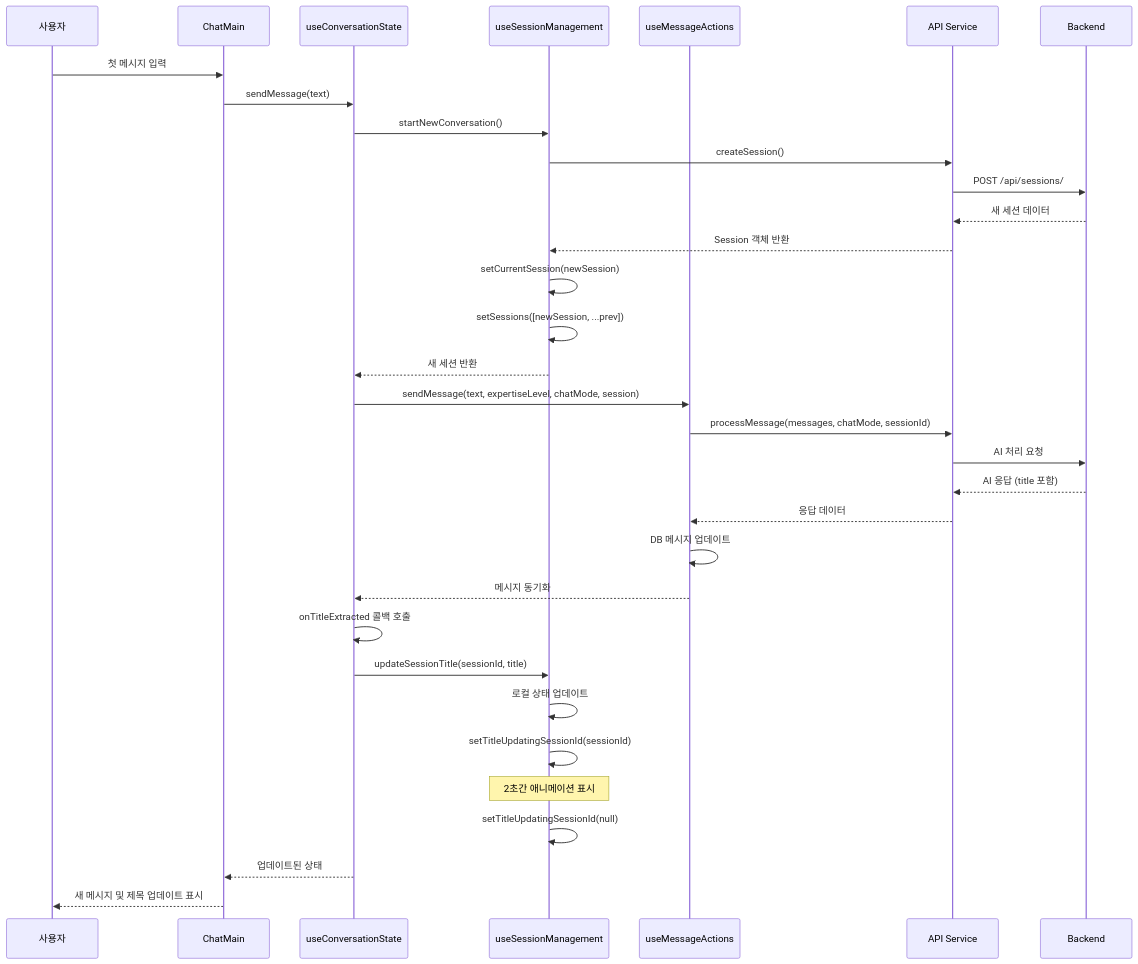
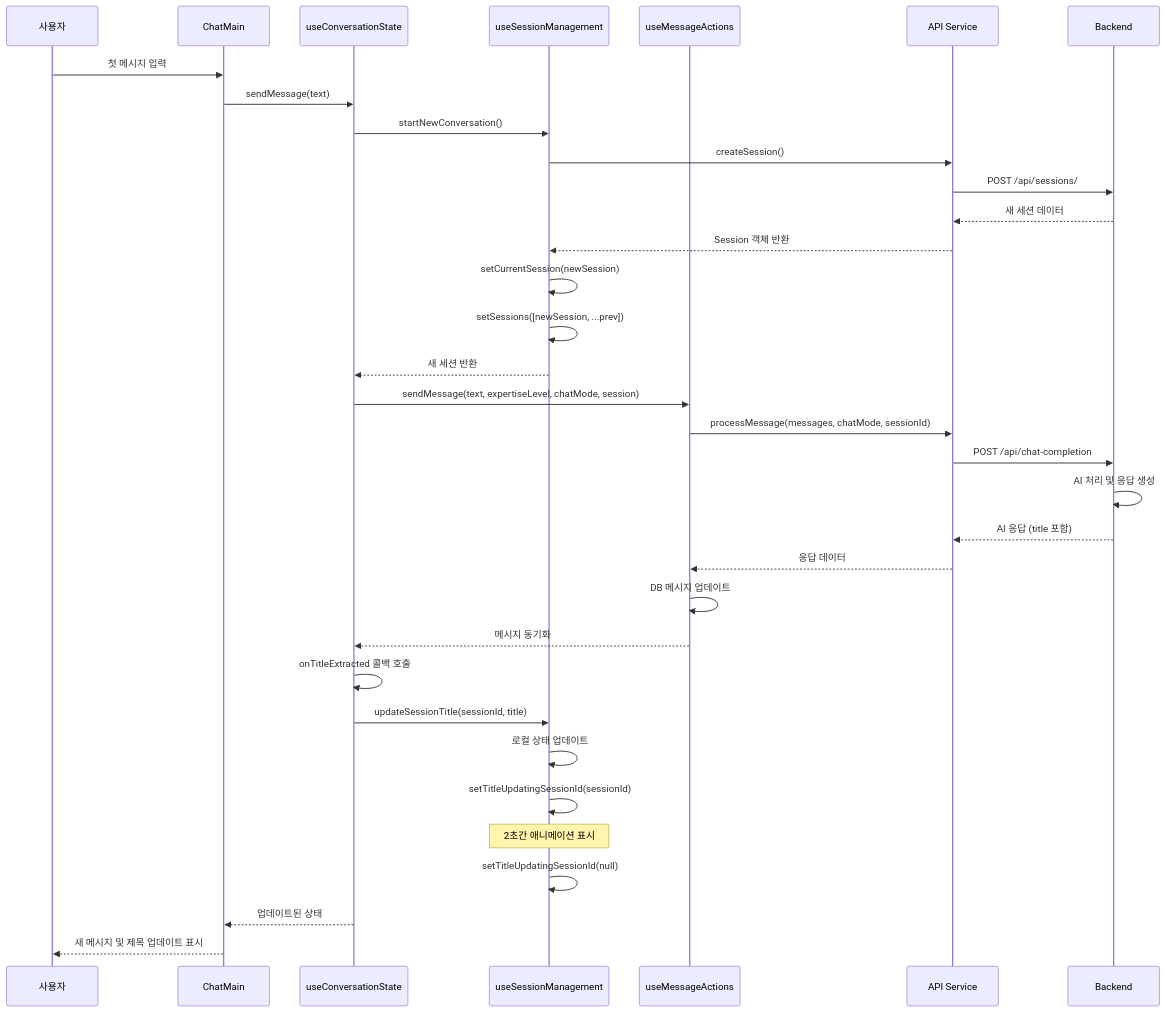
The ninth of 19 diagrams in docs/design-specification.md (p0pular131/askspec-chat-assistant), drawn with Mermaid before and after one commit. The commit also changed other lines of this file, not shown here.

First line of the commit message:
Fix: Improve design spec diagrams and add estimate features

````diff
--- a/docs/design-specification.md
+++ b/docs/design-specification.md
@@ -325,40 +532,41 @@
 ```mermaid
 sequenceDiagram
     participant User as 사용자
     participant UI as ChatMain
     participant State as useConversationState
     participant Session as useSessionManagement
     participant Message as useMessageActions
     participant API as API Service
     participant Backend as Backend
 
     User->>UI: 첫 메시지 입력
     UI->>State: sendMessage(text)
     State->>Session: startNewConversation()
     Session->>API: createSession()
     API->>Backend: POST /api/sessions/
     Backend-->>API: 새 세션 데이터
     API-->>Session: Session 객체 반환
     Session->>Session: setCurrentSession(newSession)
     Session->>Session: setSessions([newSession, ...prev])
     Session-->>State: 새 세션 반환
     
     State->>Message: sendMessage(text, expertiseLevel, chatMode, session)
     Message->>API: processMessage(messages, chatMode, sessionId)
-    API->>Backend: AI 처리 요청
+    API->>Backend: POST /api/chat-completion
+    Backend->>Backend: AI 처리 및 응답 생성
     Backend-->>API: AI 응답 (title 포함)
     API-->>Message: 응답 데이터
     Message->>Message: DB 메시지 업데이트
     Message-->>State: 메시지 동기화
     
     State->>State: onTitleExtracted 콜백 호출
     State->>Session: updateSessionTitle(sessionId, title)
     Session->>Session: 로컬 상태 업데이트
     Session->>Session: setTitleUpdatingSessionId(sessionId)
     
     Note over Session: 2초간 애니메이션 표시
     Session->>Session: setTitleUpdatingSessionId(null)
     
     State-->>UI: 업데이트된 상태
     UI-->>User: 새 메시지 및 제목 업데이트 표시
 ```
````
